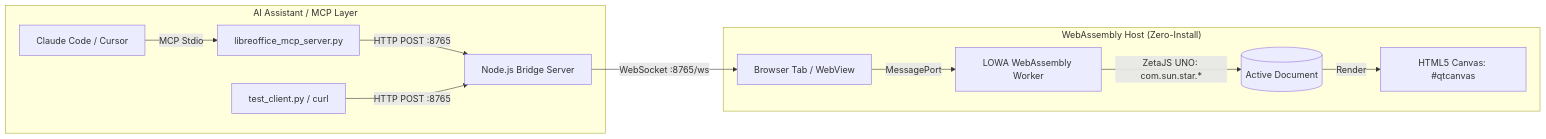
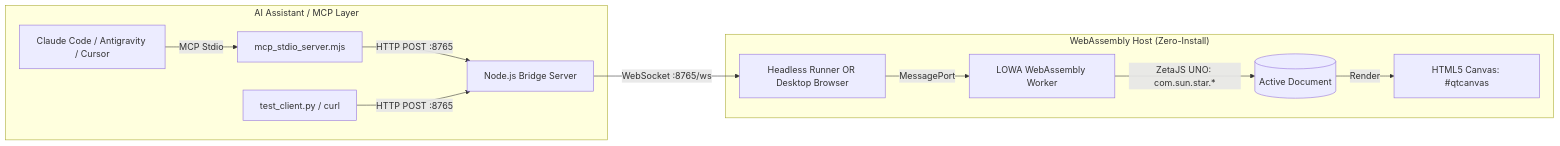
One commit to erikmartino/mcp-libre changed the diagram in demos/zetajs-mcp-bridge/README.md. Above: the diagram before and after it, drawn with Mermaid. The commit also changed other lines of this file and 3 other files, not shown here.

First line of the commit message:
feat(wasm): add headless execution mode and MCP browser trigger

````diff
--- a/demos/zetajs-mcp-bridge/README.md
+++ b/demos/zetajs-mcp-bridge/README.md
@@ -9,15 +9,15 @@
 ```mermaid
 flowchart LR
     subgraph Client ["AI Assistant / MCP Layer"]
-        A[Claude Code / Cursor] -->|MCP Stdio| B[libreoffice_mcp_server.py]
+        A[Claude Code / Antigravity / Cursor] -->|MCP Stdio| B[mcp_stdio_server.mjs]
         B -->|HTTP POST :8765| C[Node.js Bridge Server]
         T[test_client.py / curl] -->|HTTP POST :8765| C
     end
 
     subgraph WasmHost ["WebAssembly Host (Zero-Install)"]
-        C -->|WebSocket :8765/ws| D[Browser Tab / WebView]
+        C -->|WebSocket :8765/ws| D[Headless Runner OR Desktop Browser]
         D -->|MessagePort| E[LOWA WebAssembly Worker]
         E -->|ZetaJS UNO: com.sun.star.*| F[(Active Document)]
         F -->|Render| G[HTML5 Canvas: #qtcanvas]
     end
 ```
````
